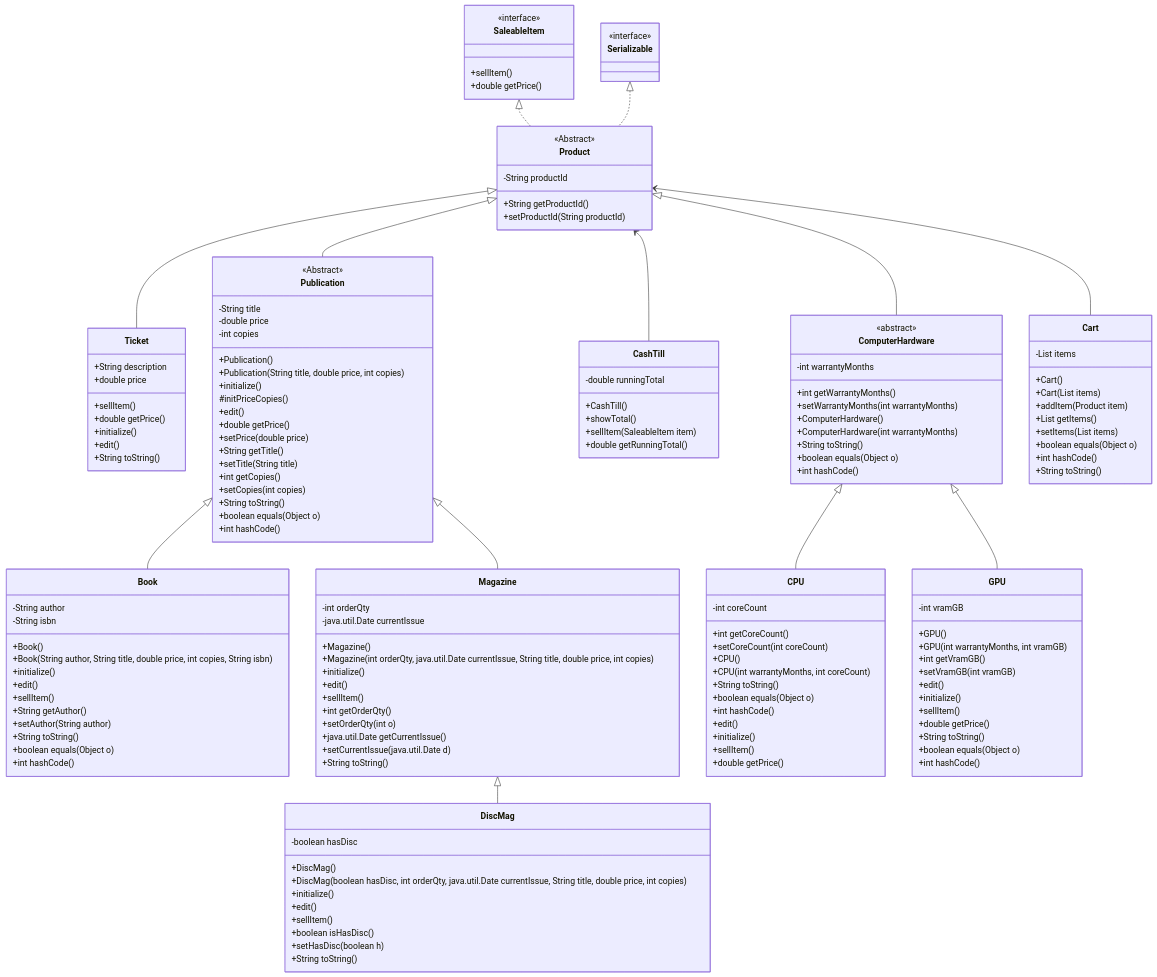
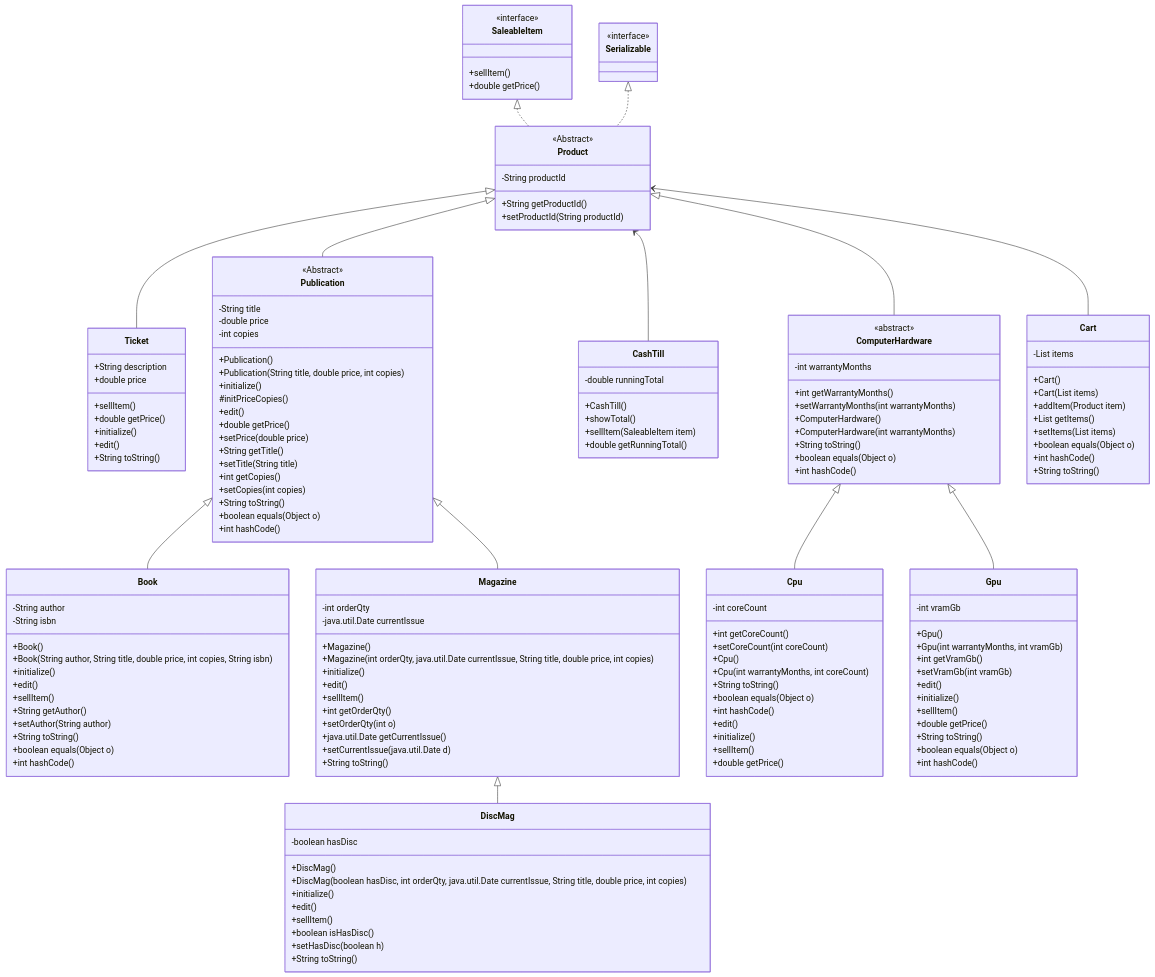
Before and after one commit to Glynn494/csd230_w26.lab1.GlynnNelson: the diagram in documentation/bookstore.f25-2025-11-17-211001.mmd, drawn with Mermaid. The commit also changed 11 other files, not shown here.

```diff
--- a/documentation/bookstore.f25-2025-11-17-211001.mmd
+++ b/documentation/bookstore.f25-2025-11-17-211001.mmd
@@ -1,153 +1,153 @@
 classDiagram
     Product <|--Ticket
     Product <|--Publication
     Publication <|-- Book
     Publication <|-- Magazine
     Magazine <|-- DiscMag
     SaleableItem <|.. Product
     Serializable <|.. Product
     Product <-- CashTill
     Product <|-- ComputerHardware
-    ComputerHardware <|-- CPU
-    ComputerHardware <|-- GPU
+    ComputerHardware <|-- Cpu
+    ComputerHardware <|-- Gpu
     Product <-- Cart
 
     class Cart {
         -List<Product> items
         +Cart()
         +Cart(List<Product> items)
         +addItem(Product item)
         +List<Product> getItems()
         +setItems(List<Product> items)
         +boolean equals(Object o)
         +int hashCode()
         +String toString()
     }
     class Product{
         <<Abstract>>
         -String productId
         +String getProductId()
         +setProductId(String productId)
     }
     class Serializable{
         <<interface>>
     }
     class Ticket{
         +String description
         +double price
         +sellItem()
         +double getPrice()
         +initialize()
         +edit()
         +String toString()
     }
     class Publication{
         <<Abstract>>
         -String title
         -double price
         -int copies
         +Publication()
         +Publication(String title, double price, int copies)
         +initialize()
         #initPriceCopies()
         +edit()
         +double getPrice()
         +setPrice(double price)
         +String getTitle()
         +setTitle(String title)
         +int getCopies()
         +setCopies(int copies)
         +String toString()
         +boolean equals(Object o)
         +int hashCode()
     }
     class Book{
         -String author
         -String isbn
         +Book()
         +Book(String author, String title, double price, int copies, String isbn)
         +initialize()
         +edit()
         +sellItem()
         +String getAuthor()
         +setAuthor(String author)
         +String toString()
         +boolean equals(Object o)
         +int hashCode()
     }
     class Magazine{
         -int orderQty
         -java.util.Date currentIssue
         +Magazine()
         +Magazine(int orderQty, java.util.Date currentIssue, String title, double price, int copies)
         +initialize()
         +edit()
         +sellItem()
         +int getOrderQty()
         +setOrderQty(int o)
         +java.util.Date getCurrentIssue()
         +setCurrentIssue(java.util.Date d)
         +String toString()
     }
     class DiscMag{
         -boolean hasDisc
         +DiscMag()
         +DiscMag(boolean hasDisc, int orderQty, java.util.Date currentIssue, String title, double price, int copies)
         +initialize()
         +edit()
         +sellItem()
         +boolean isHasDisc()
         +setHasDisc(boolean h)
         +String toString()
     }
     class CashTill{
         -double runningTotal
         +CashTill()
         +showTotal()
         +sellItem(SaleableItem item)
         +double getRunningTotal()
     }
     class SaleableItem {
         <<interface>>
         +sellItem()
         +double getPrice()
     }
     class ComputerHardware {
         <<abstract>>
         -int warrantyMonths
         +int getWarrantyMonths()
         +setWarrantyMonths(int warrantyMonths)
         +ComputerHardware()
         +ComputerHardware(int warrantyMonths)
         +String toString()
         +boolean equals(Object o)
         +int hashCode()
     }
-    class CPU {
+    class Cpu {
         -int coreCount
         +int getCoreCount()
         +setCoreCount(int coreCount)
-        +CPU()
-        +CPU(int warrantyMonths, int coreCount)
+        +Cpu()
+        +Cpu(int warrantyMonths, int coreCount)
         +String toString()
         +boolean equals(Object o)
         +int hashCode()
         +edit()
         +initialize()
         +sellItem()
         +double getPrice()
     }
-    class GPU {
-        -int vramGB
-        +GPU()
-        +GPU(int warrantyMonths, int vramGB)
-        +int getVramGB()
-        +setVramGB(int vramGB)
+    class Gpu {
+        -int vramGb
+        +Gpu()
+        +Gpu(int warrantyMonths, int vramGb)
+        +int getVramGb()
+        +setVramGb(int vramGb)
         +edit()
         +initialize()
         +sellItem()
         +double getPrice()
         +String toString()
         +boolean equals(Object o)
         +int hashCode()
     }
```
